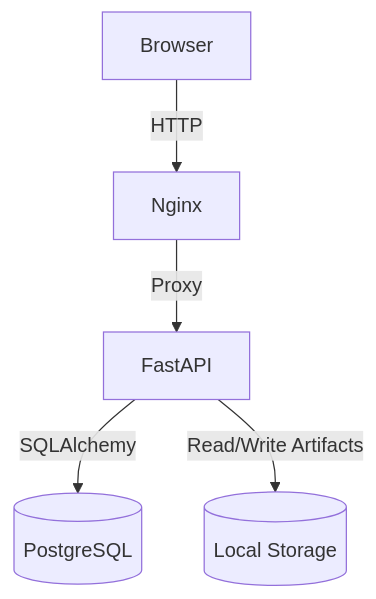
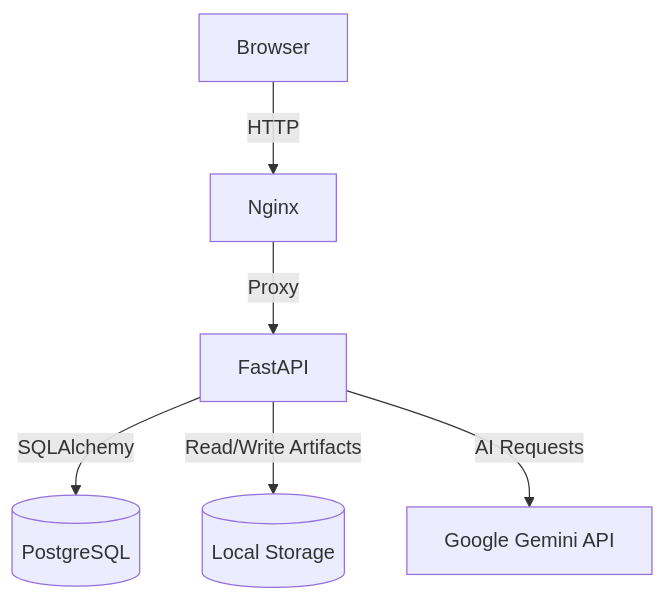
The first of 4 diagrams in README.md (Mohitingale13/microflow-ml-platform), drawn with Mermaid before and after one commit. The commit also changed other lines of this file and 19 other files, not shown here.

````diff
--- a/README.md
+++ b/README.md
@@ -111,13 +114,15 @@
 ```mermaid
 graph TD
     Browser[Browser]
     Nginx[Nginx]
     FastAPI[FastAPI]
+    Gemini[Google Gemini API]
     PostgreSQL[(PostgreSQL)]
     Storage[(Local Storage)]
 
     Browser -->|HTTP| Nginx
     Nginx -->|Proxy| FastAPI
     FastAPI -->|SQLAlchemy| PostgreSQL
     FastAPI -->|Read/Write Artifacts| Storage
+    FastAPI -->|AI Requests| Gemini
 ```
````
